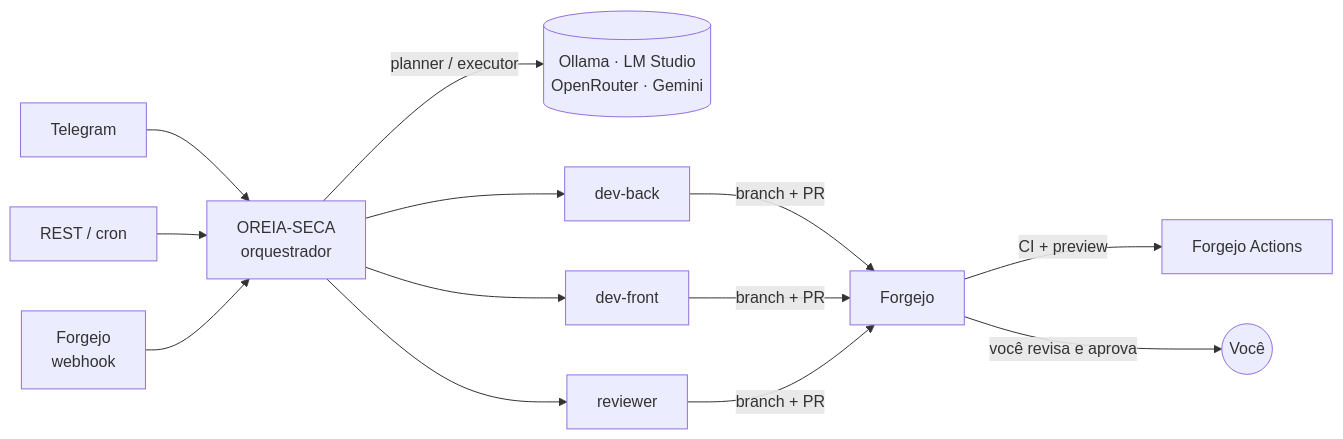
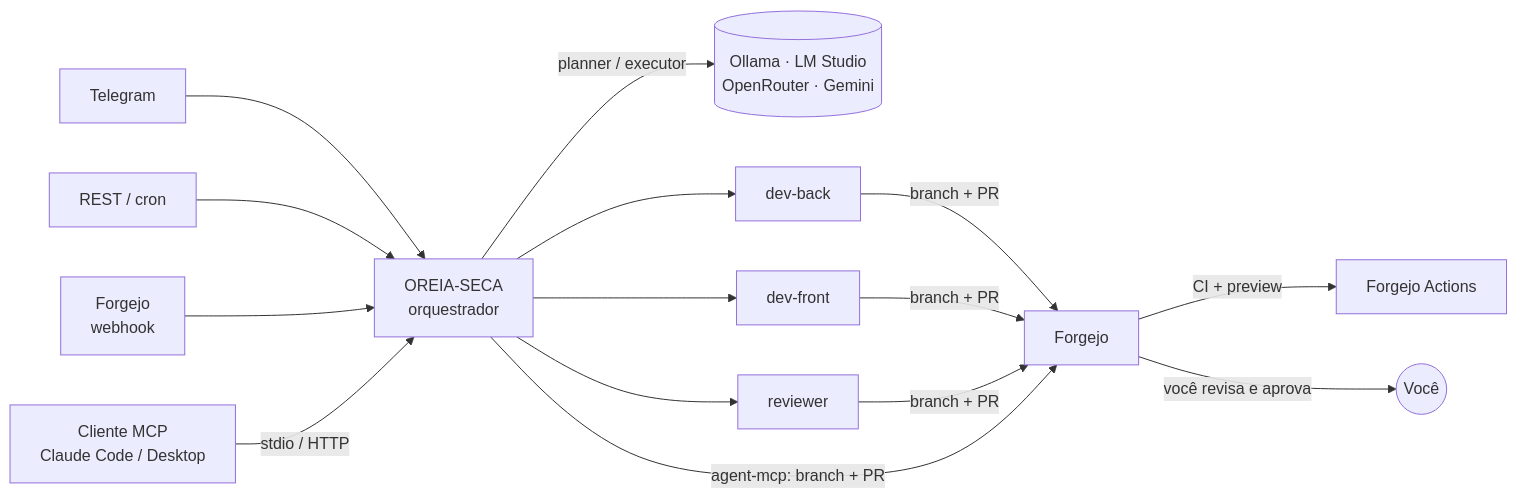
The diagram in README.md (nellrcs/OREIA-SECA), drawn with Mermaid before and after one commit. The commit also changed other lines of this file and 47 other files, not shown here.

````diff
--- a/README.md
+++ b/README.md
@@ -13,13 +13,15 @@
 ```mermaid
 flowchart LR
     TG[Telegram] --> O
     API[REST / cron] --> O
     FJ[Forgejo<br/>webhook] --> O
+    MCP[Cliente MCP<br/>Claude Code / Desktop] -->|stdio / HTTP| O
     O[OREIA-SECA<br/>orquestrador] -->|planner / executor| LLM[(Ollama · LM Studio<br/>OpenRouter · Gemini)]
     O --> A1[dev-back]
     O --> A2[dev-front]
     O --> A3[reviewer]
     A1 & A2 & A3 -->|branch + PR| FJ2[Forgejo]
+    O -->|agent-mcp: branch + PR| FJ2
     FJ2 -->|CI + preview| CI[Forgejo Actions]
     FJ2 -->|você revisa e aprova| VOCE((Você))
 ```
````
